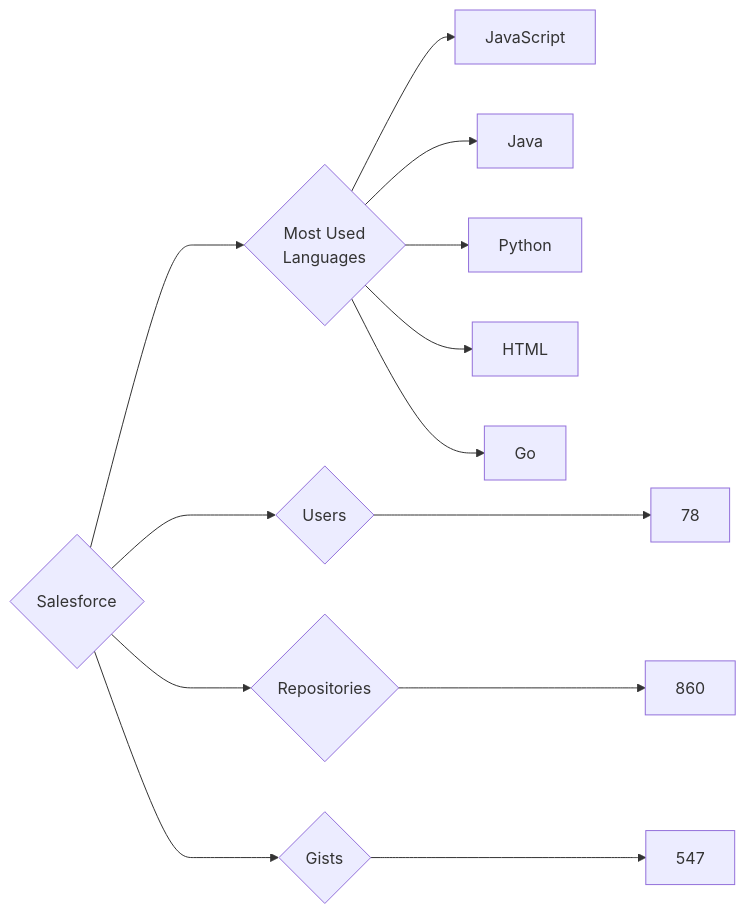
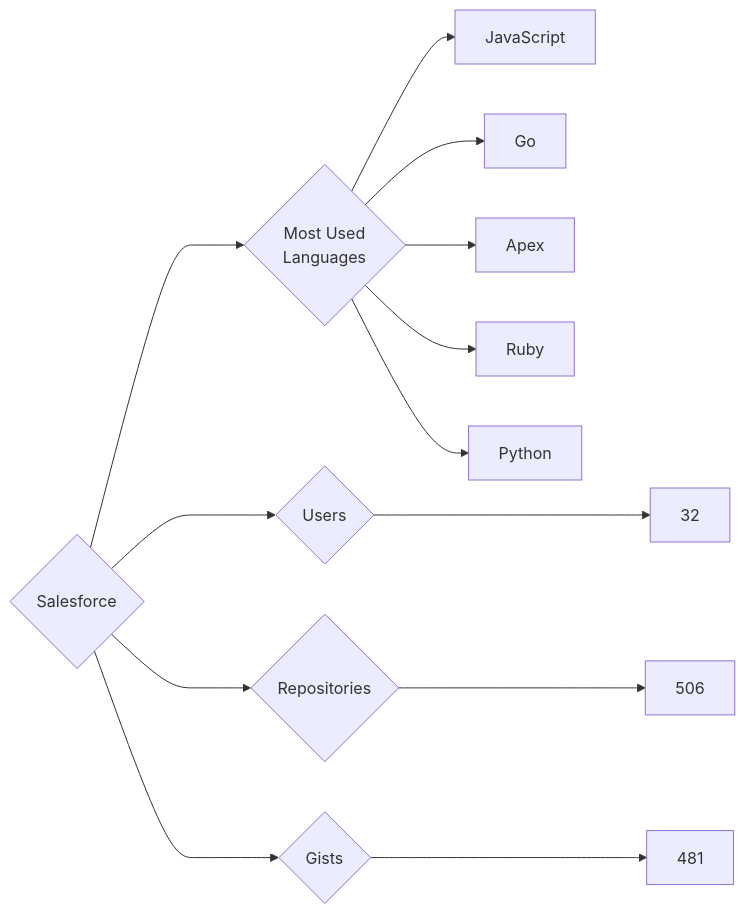
One commit to trickest/insiders changed the diagram in targets/Salesforce/README.md. Above: the diagram before and after it, drawn with Mermaid. The commit also changed 815 other files, not shown here.

````diff
--- a/targets/Salesforce/README.md
+++ b/targets/Salesforce/README.md
@@ -3,13 +3,13 @@
 ```mermaid
 graph LR
 COMPANY_NAME{Salesforce}
-COMPANY_NAME ---> U{Users} ---> UN[78]
-COMPANY_NAME ---> R{Repositories} ---> RN[860]
-COMPANY_NAME ---> G{Gists} ---> GN[547]
+COMPANY_NAME ---> U{Users} ---> UN[32]
+COMPANY_NAME ---> R{Repositories} ---> RN[506]
+COMPANY_NAME ---> G{Gists} ---> GN[481]
 COMPANY_NAME ---> ML{Most Used<br>Languages}
 ML --> JavaScript[JavaScript]
-ML --> Java[Java]
+ML --> Go[Go]
+ML --> Apex[Apex]
+ML --> Ruby[Ruby]
 ML --> Python[Python]
-ML --> HTML[HTML]
-ML --> Go[Go]
 ```
````
